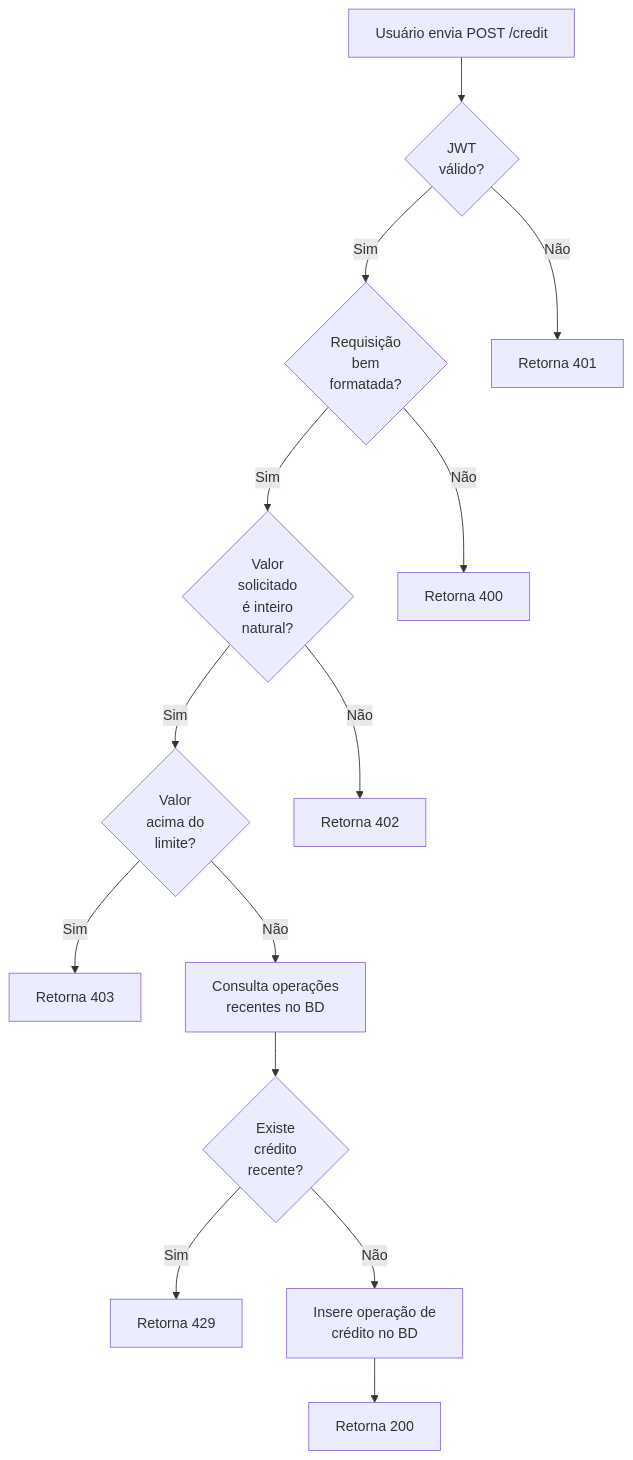
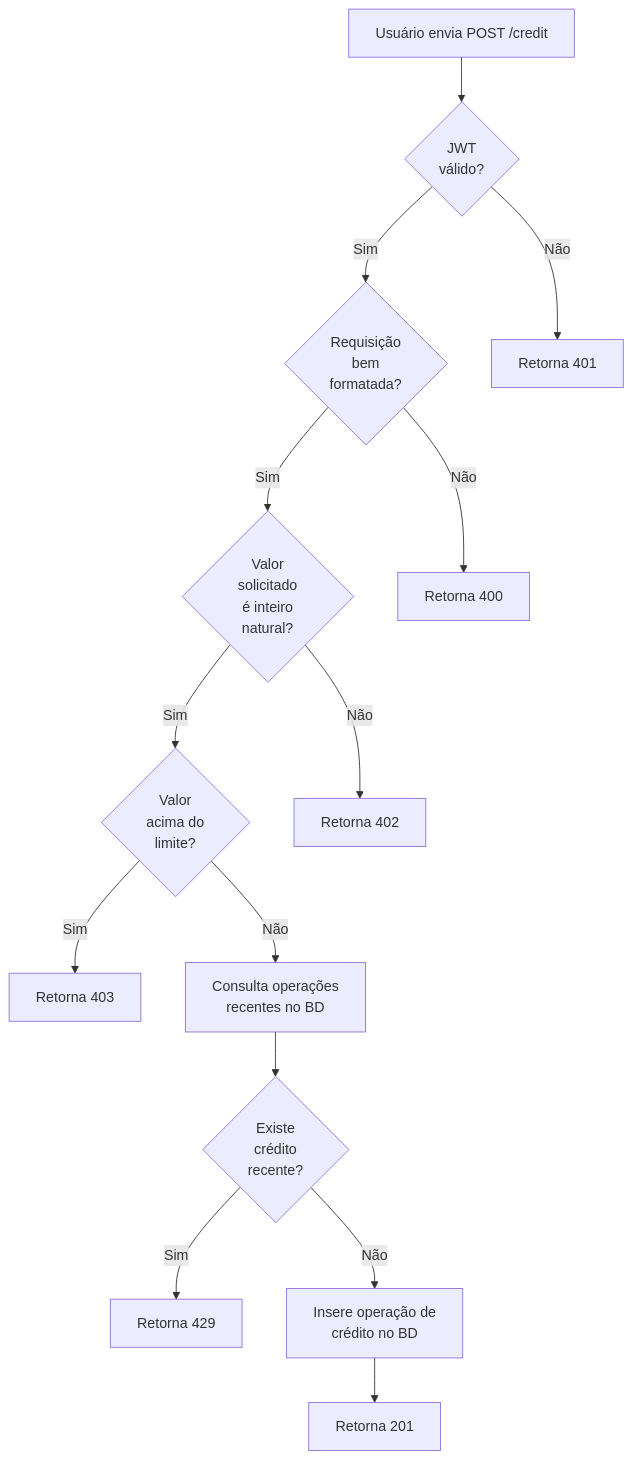
Before and after one commit to feira-de-jogos/feira-de-jogos: the third of 10 diagrams in v2/README.md, drawn with Mermaid. The commit also changed other lines of this file, not shown here.

````diff
--- a/v2/README.md
+++ b/v2/README.md
@@ -79,31 +79,31 @@
 ```mermaid
 flowchart TD
   A[Usuário envia POST /credit]
   B
   C
   D[Retorna 401]
   E
   F[Retorna 400]
   G
   H[Retorna 402]
   I[Retorna 403]
   J[Consulta operações\nrecentes no BD]
   K
   L[Retorna 429]
   M[Insere operação de\ncrédito no BD]
-  N[Retorna 200]
+  N[Retorna 201]
 
   A --> B{JWT\nválido?}
   B -->|Sim| C{Requisição\nbem\nformatada?}
   B -->|Não| D
   C --> |Sim| E{Valor\nsolicitado\né inteiro\nnatural?}
   C --> |Não| F
   E --> |Sim| G{Valor\nacima do\nlimite?}
   E --> |Não| H
   G --> |Sim| I
   G --> |Não| J
   J --> K{Existe\ncrédito\nrecente?}
   K --> |Sim| L
   K --> |Não| M
   M --> N
 ```
````
